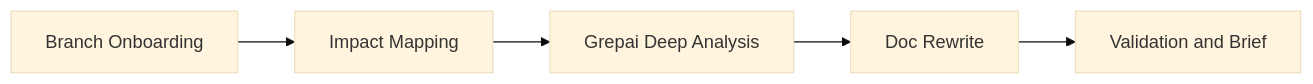
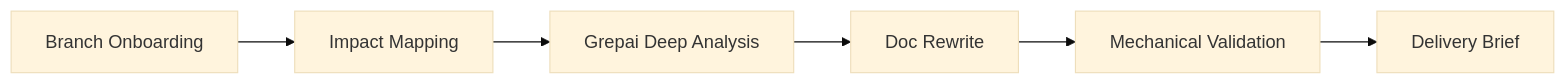
One commit to tinker495/codex-assets changed the diagram in skills/refresh-branch-docs/SKILL.md. Above: the diagram before and after it, drawn with Mermaid (base theme). The commit also changed other lines of this file and 11 other files, not shown here.

````diff
--- a/skills/refresh-branch-docs/SKILL.md
+++ b/skills/refresh-branch-docs/SKILL.md
@@ -11,7 +13,8 @@
 ```mermaid
 flowchart LR
   A["Branch Onboarding"] --> B["Impact Mapping"]
   B --> C["Grepai Deep Analysis"]
   C --> D["Doc Rewrite"]
-  D --> E["Validation and Brief"]
+  D --> E["Mechanical Validation"]
+  E --> F["Delivery Brief"]
 ```
````
